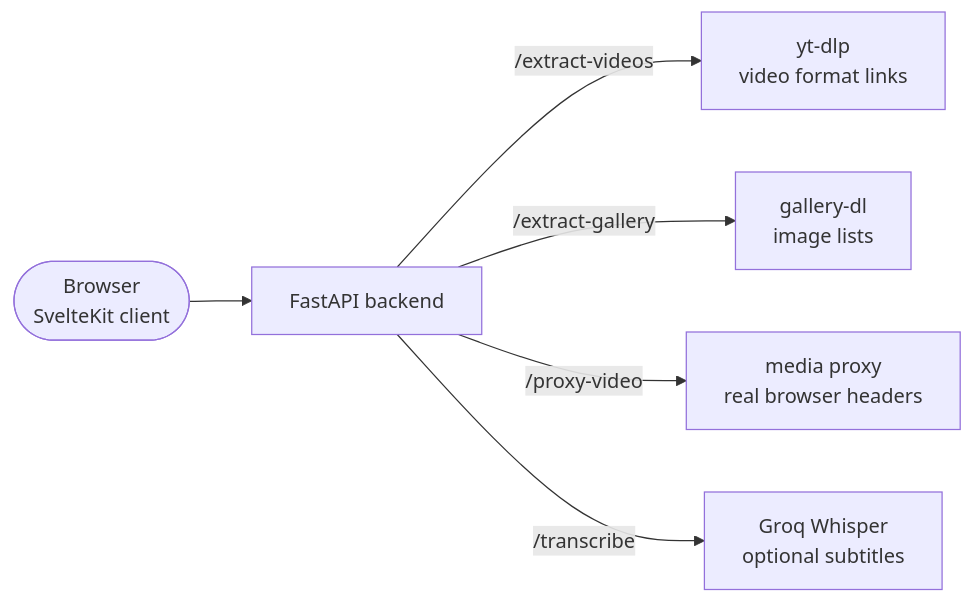
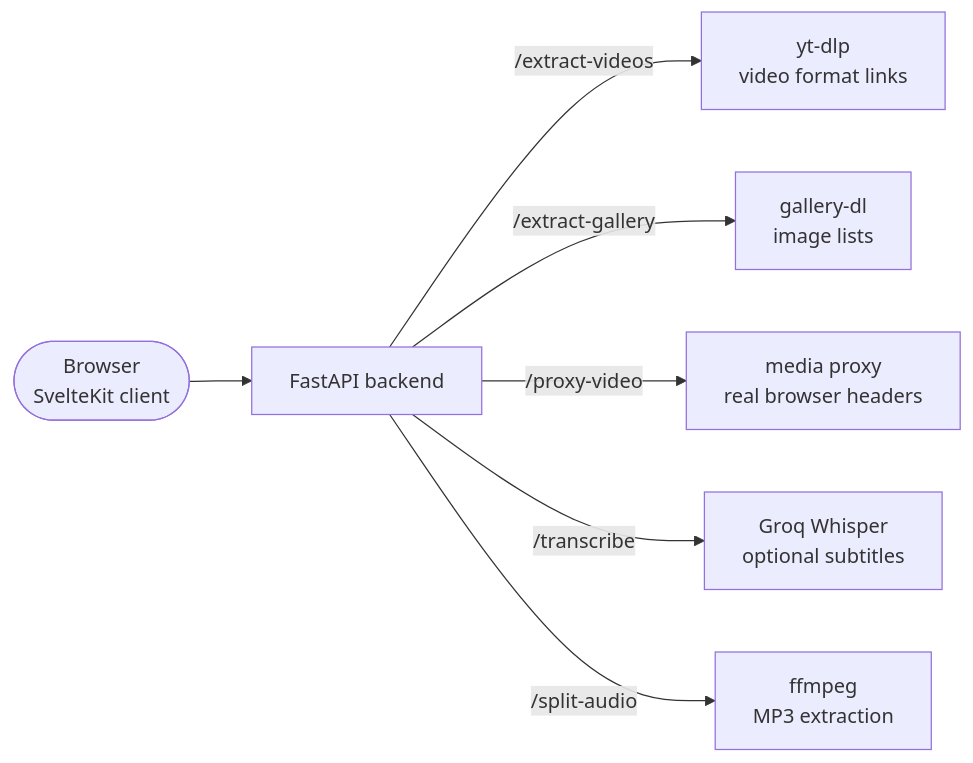
Before and after one commit to MEOWBEY/MediaPull: the diagram in README.md, drawn with Mermaid. The commit also changed other lines of this file and 56 other files, not shown here.

Commit message:
feat: MediaCard, local library, audio split format selection, progress floor, and preferences data clear

````diff
--- a/README.md
+++ b/README.md
@@ -120,8 +139,9 @@
 ```mermaid
 flowchart LR
     browser([Browser<br/>SvelteKit client]) --> api[FastAPI backend]
     api -- "/extract-videos" --> ytdlp[yt-dlp<br/>video format links]
     api -- "/extract-gallery" --> gdl[gallery-dl<br/>image lists]
     api -- "/proxy-video" --> proxy[media proxy<br/>real browser headers]
     api -- "/transcribe" --> whisper[Groq Whisper<br/>optional subtitles]
+    api -- "/split-audio" --> ffmpeg[ffmpeg<br/>MP3 extraction]
 ```
````
